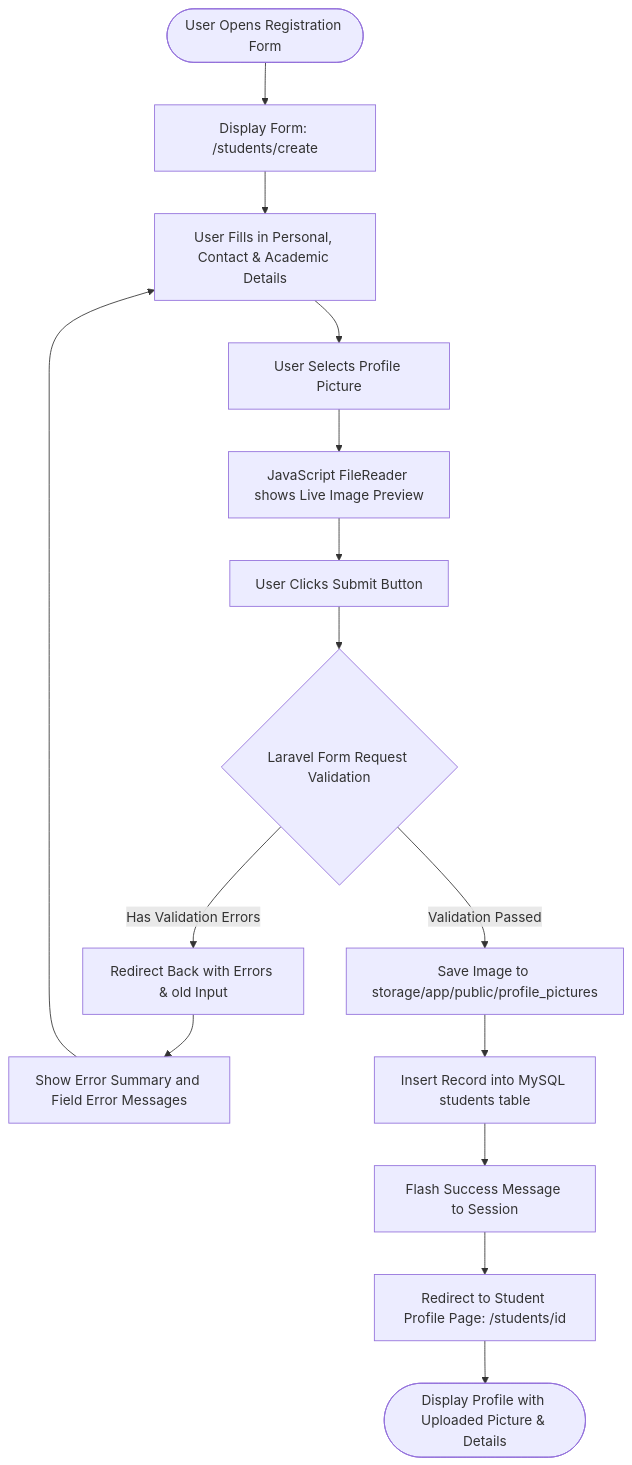
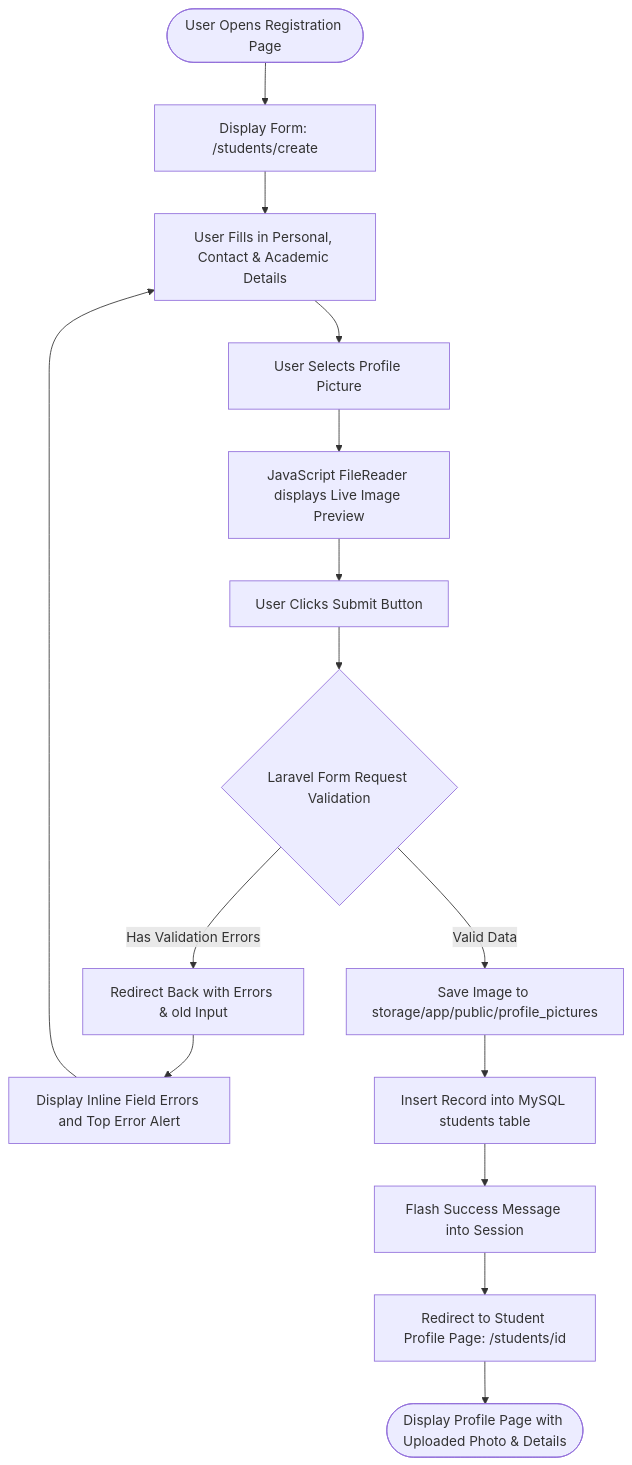
Before and after one commit to ejrdeleon/week04-student-registration: the third of 3 diagrams in README.md, drawn with Mermaid. The commit also changed other lines of this file, not shown here.

````diff
--- a/README.md
+++ b/README.md
@@ -183,19 +168,19 @@
 ```mermaid
 flowchart TD
-    A([User Opens Registration Form]) --> B[Display Form: /students/create]
+    A([User Opens Registration Page]) --> B[Display Form: /students/create]
     B --> C[User Fills in Personal, Contact & Academic Details]
     C --> D[User Selects Profile Picture]
-    D --> E[JavaScript FileReader shows Live Image Preview]
+    D --> E[JavaScript FileReader displays Live Image Preview]
     E --> F[User Clicks Submit Button]
     F --> G{Laravel Form Request Validation}
-
+    
     G -- Has Validation Errors --> H[Redirect Back with Errors & old Input]
-    H --> I[Show Error Summary and Field Error Messages]
+    H --> I[Display Inline Field Errors and Top Error Alert]
     I --> C
-
-    G -- Validation Passed --> J[Save Image to storage/app/public/profile_pictures]
+    
+    G -- Valid Data --> J[Save Image to storage/app/public/profile_pictures]
     J --> K[Insert Record into MySQL students table]
-    K --> L[Flash Success Message to Session]
+    K --> L[Flash Success Message into Session]
     L --> M[Redirect to Student Profile Page: /students/id]
-    M --> N([Display Profile with Uploaded Picture & Details])
+    M --> N([Display Profile Page with Uploaded Photo & Details])
 ```
````
